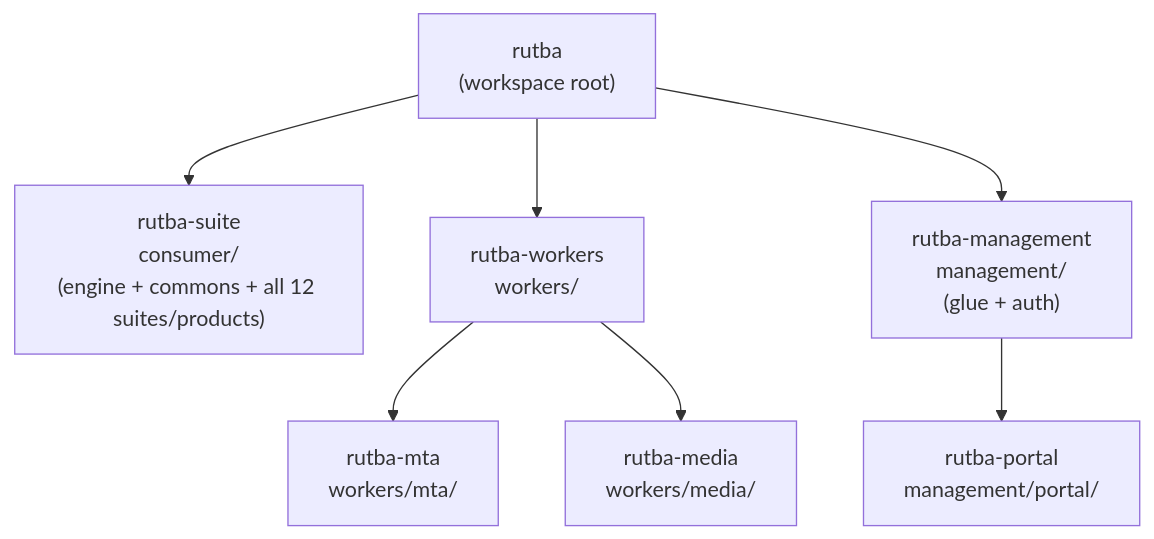
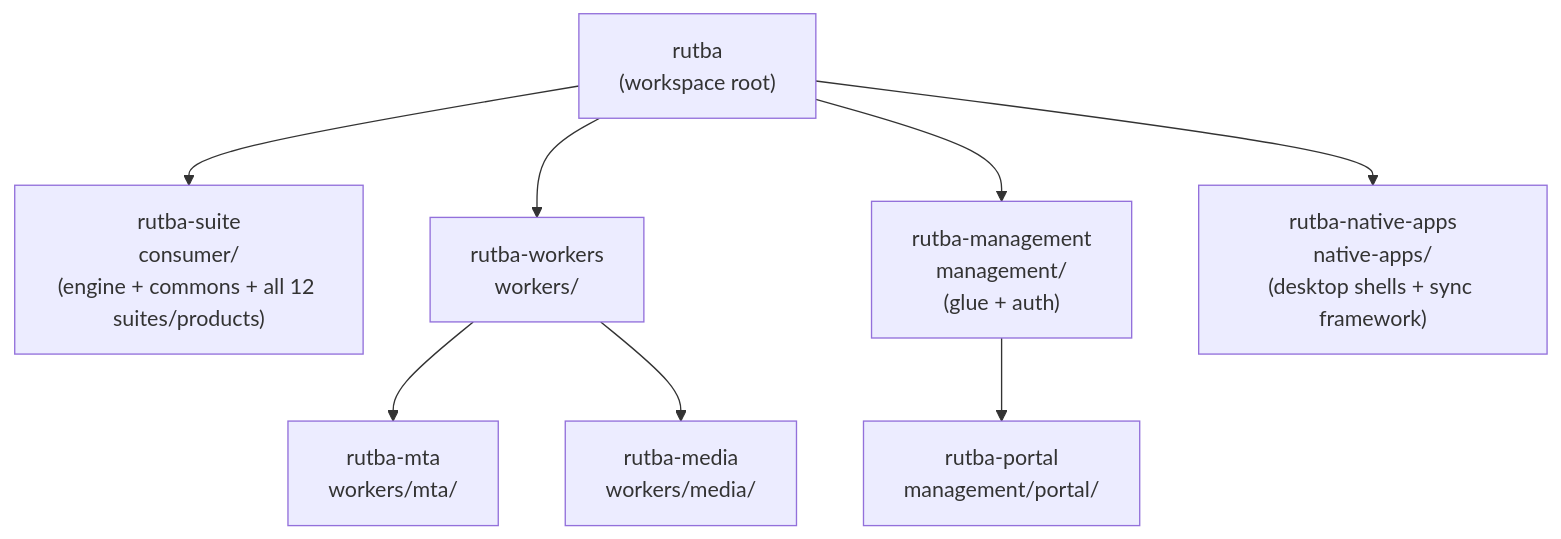
The diagram in REPOS.md (eharain/Rutba), drawn with Mermaid before and after one commit. The commit also changed other lines of this file and 1 other file, not shown here.

First line of the commit message:
REPOS.md: native-apps joins the map as repo #8

````diff
--- a/REPOS.md
+++ b/REPOS.md
@@ -11,16 +11,18 @@
 ```mermaid
 flowchart TD
     rutba["rutba<br/>(workspace root)"]
     suite["rutba-suite<br/>consumer/<br/>(engine + commons + all 12 suites/products)"]
     workersR["rutba-workers<br/>workers/"]
     mta["rutba-mta<br/>workers/mta/"]
     media["rutba-media<br/>workers/media/"]
     mgmt["rutba-management<br/>management/<br/>(glue + auth)"]
     portal["rutba-portal<br/>management/portal/"]
+    native["rutba-native-apps<br/>native-apps/<br/>(desktop shells + sync framework)"]
     rutba --> suite
     rutba --> workersR
     workersR --> mta
     workersR --> media
     rutba --> mgmt
     mgmt --> portal
+    rutba --> native
 ```
````
